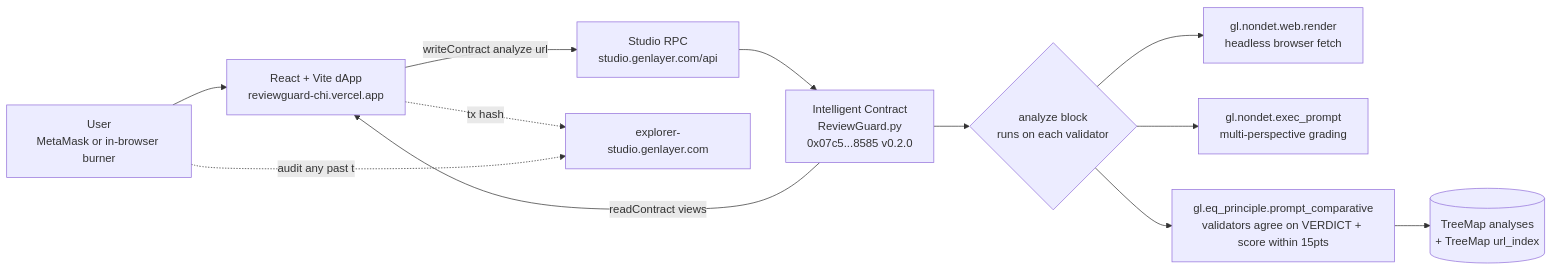
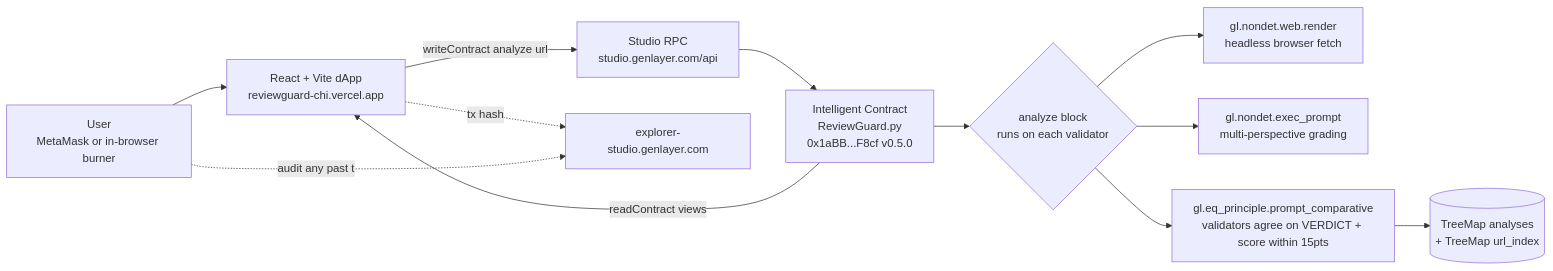
The first of 3 diagrams in ARCHITECTURE.md (phu1271997/reviewguard), drawn with Mermaid before and after one commit. The commit also changed other lines of this file and 8 other files, not shown here.

````diff
--- a/ARCHITECTURE.md
+++ b/ARCHITECTURE.md
@@ -10,25 +10,25 @@
 ```mermaid
 flowchart LR
     User[User<br/>MetaMask or in-browser burner]
     FE[React + Vite dApp<br/>reviewguard-chi.vercel.app]
     RPC[Studio RPC<br/>studio.genlayer.com/api]
-    Contract["Intelligent Contract<br/>ReviewGuard.py<br/>0x07c5...8585 v0.2.0"]
+    Contract["Intelligent Contract<br/>ReviewGuard.py<br/>0x1aBB...F8cf v0.5.0"]
     NondetBlock{"analyze block<br/>runs on each validator"}
     Web["gl.nondet.web.render<br/>headless browser fetch"]
     LLM["gl.nondet.exec_prompt<br/>multi-perspective grading"]
     Consensus["gl.eq_principle.prompt_comparative<br/>validators agree on VERDICT + score within 15pts"]
     State[(TreeMap analyses<br/>+ TreeMap url_index)]
     Explorer[explorer-studio.genlayer.com]
 
     User --> FE
     FE -->|writeContract analyze url| RPC
     RPC --> Contract
     Contract --> NondetBlock
     NondetBlock --> Web
     NondetBlock --> LLM
     NondetBlock --> Consensus
     Consensus --> State
     Contract -->|readContract views| FE
     FE -.tx hash.-> Explorer
     User -.audit any past tx.-> Explorer
 ```
````
